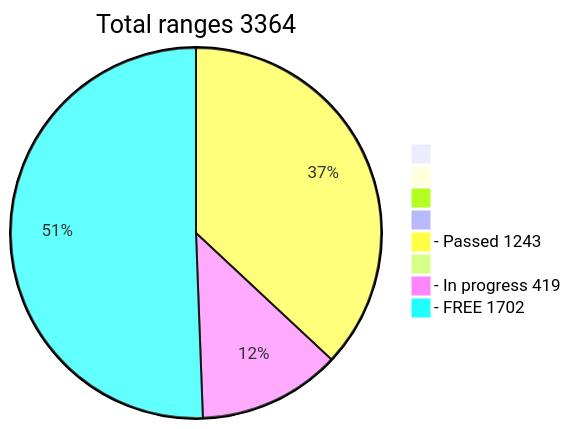
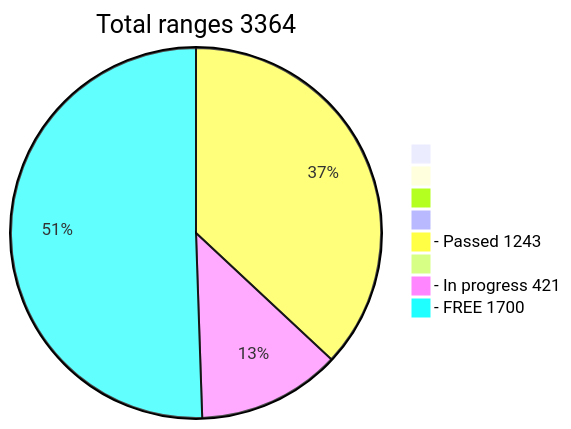
Before and after one commit to phrutis/wif500: the diagram in README.md, drawn with Mermaid.

````diff
--- a/README.md
+++ b/README.md
@@ -16,12 +16,12 @@
 ```mermaid
 pie title Total ranges 3364
              " " : 0
             "  " : 0
            "   " : 0
           "    " : 0
   "- Passed 1243" : 1243
          "     " : 0
-  "- In progress 419" : 419
-   "- FREE 1702" : 1702
+  "- In progress 421" : 421
+   "- FREE 1700" : 1700
    
 ```
````
